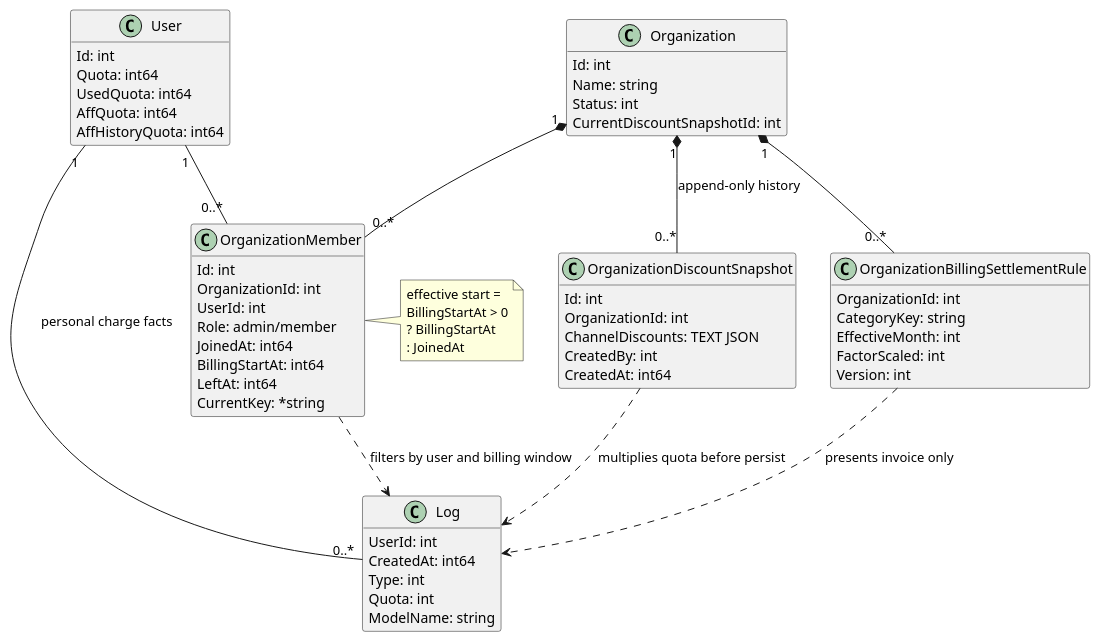
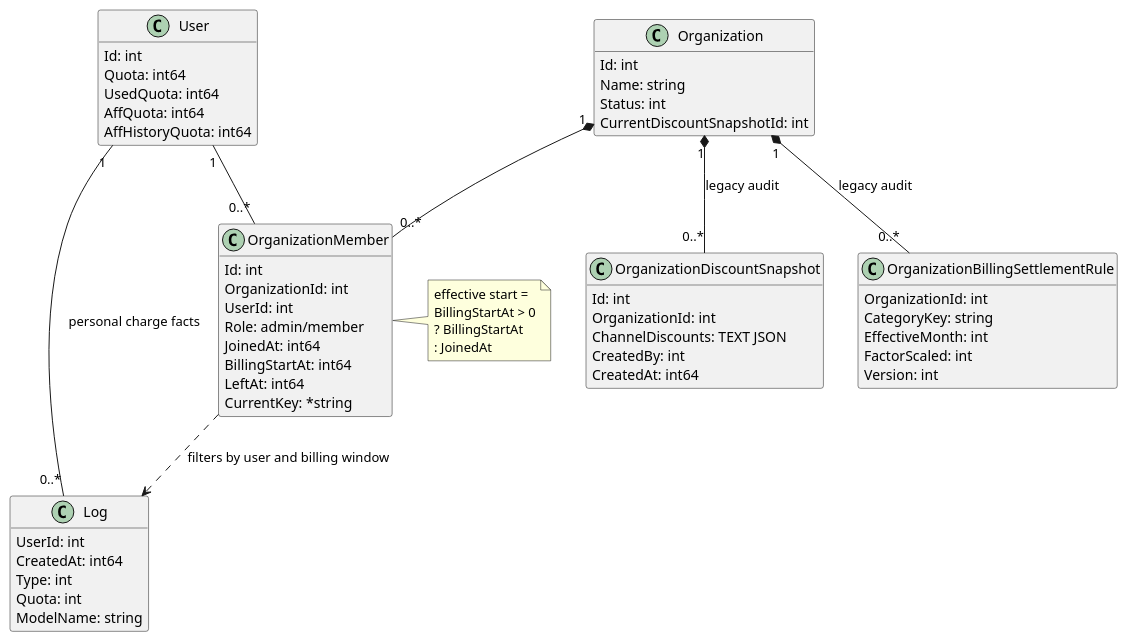
One commit to eLightCloud/token-gateway changed the diagram in docs/20-architecture/数据模型.md. Above: the diagram before and after it, drawn with PlantUML. The commit also changed other lines of this file and 24 other files, not shown here.

First line of the commit message:
feat: Update UI/UX documentation and remove legacy discount features

````diff
--- a/docs/20-architecture/数据模型.md
+++ b/docs/20-architecture/数据模型.md
@@ -94,72 +94,70 @@
 ```plantuml
 @startuml
 hide methods
 skinparam classAttributeIconSize 0
 
 class Organization {
   Id: int
   Name: string
   Status: int
   CurrentDiscountSnapshotId: int
 }
 
 class OrganizationMember {
   Id: int
   OrganizationId: int
   UserId: int
   Role: admin/member
   JoinedAt: int64
   BillingStartAt: int64
   LeftAt: int64
   CurrentKey: *string
 }
 
 class User {
   Id: int
   Quota: int64
   UsedQuota: int64
   AffQuota: int64
   AffHistoryQuota: int64
 }
 
 class Log {
   UserId: int
   CreatedAt: int64
   Type: int
   Quota: int
   ModelName: string
 }
 
 class OrganizationBillingSettlementRule {
   OrganizationId: int
   CategoryKey: string
   EffectiveMonth: int
   FactorScaled: int
   Version: int
 }
 
 class OrganizationDiscountSnapshot {
   Id: int
   OrganizationId: int
   ChannelDiscounts: TEXT JSON
   CreatedBy: int
   CreatedAt: int64
 }
 
 Organization "1" *-- "0..*" OrganizationMember
 User "1" -- "0..*" OrganizationMember
 User "1" -- "0..*" Log : personal charge facts
-Organization "1" *-- "0..*" OrganizationBillingSettlementRule
-Organization "1" *-- "0..*" OrganizationDiscountSnapshot : append-only history
+Organization "1" *-- "0..*" OrganizationBillingSettlementRule : legacy audit
+Organization "1" *-- "0..*" OrganizationDiscountSnapshot : legacy audit
 OrganizationMember ..> Log : filters by user and billing window
-OrganizationBillingSettlementRule ..> Log : presents invoice only
-OrganizationDiscountSnapshot ..> Log : multiplies quota before persist
 
 note right of OrganizationMember
 effective start =
 BillingStartAt > 0
 ? BillingStartAt
 : JoinedAt
 end note
 @enduml
 ```
````
